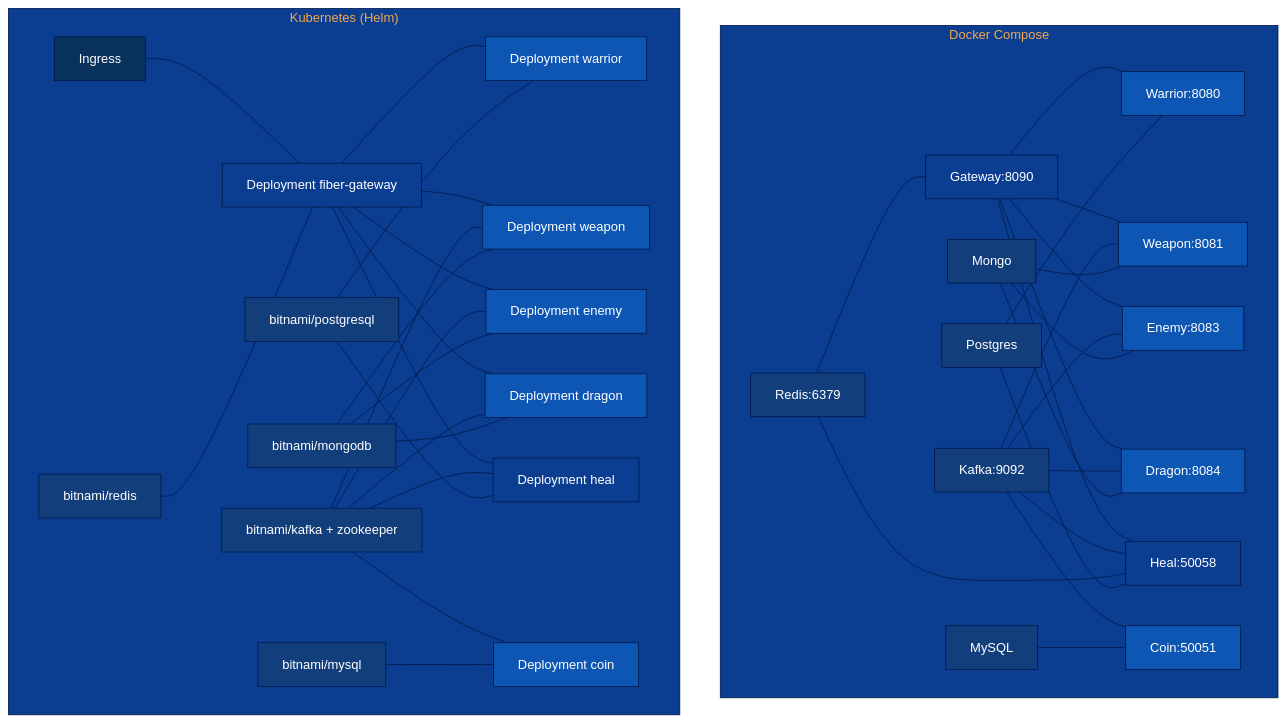
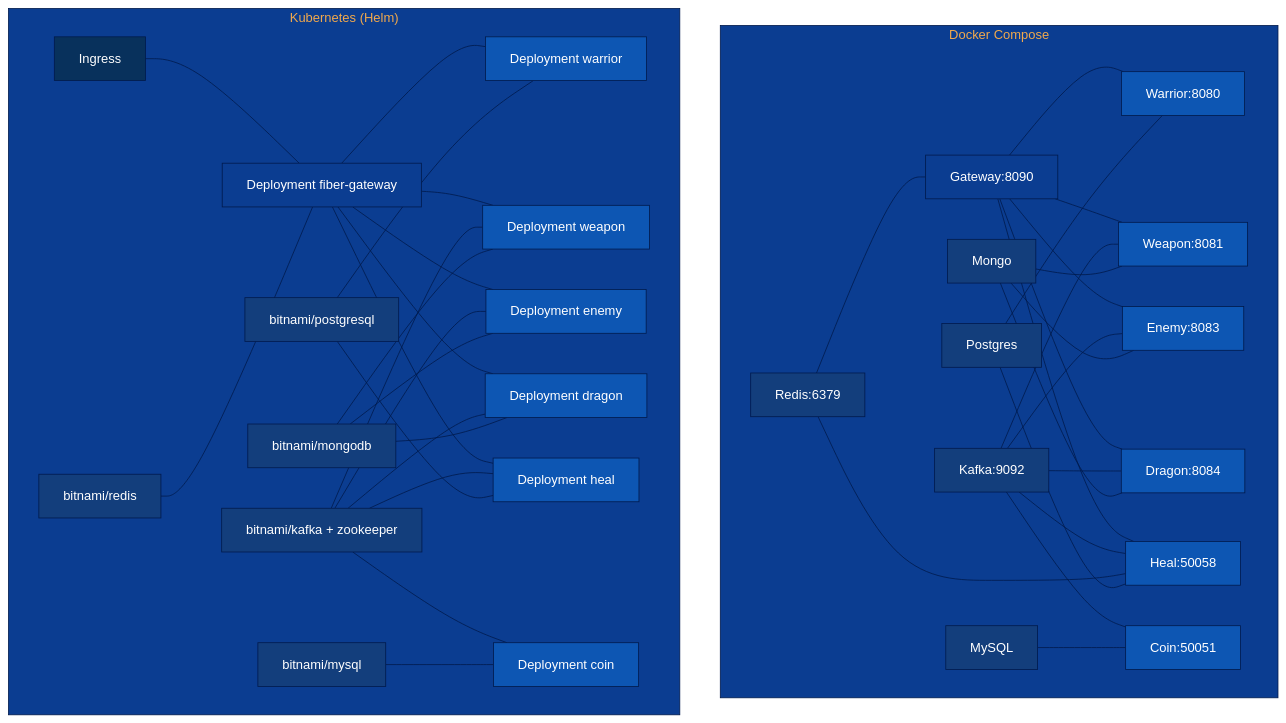
The seventh of 29 diagrams in README.md (tiraten-bot/network-sec-micro), drawn with Mermaid before and after one commit.

Commit message:
Update README.md to add styles for DCH and KSH in architecture diagram

```diff
--- a/README.md
+++ b/README.md
@@ -459,6 +459,7 @@
     style DCE fill:#0d56b3,stroke:#001a4d,color:#ffffff
     style DCD fill:#0d56b3,stroke:#001a4d,color:#ffffff
     style DCC fill:#0d56b3,stroke:#001a4d,color:#ffffff
+    style DCH fill:#0d56b3,stroke:#001a4d,color:#ffffff
     style DCK fill:#133e7c,stroke:#001a4d,color:#ffffff
     style DCR fill:#133e7c,stroke:#001a4d,color:#ffffff
     style DCPG fill:#133e7c,stroke:#001a4d,color:#ffffff
@@ -471,6 +472,7 @@
     style KSE fill:#0d56b3,stroke:#001a4d,color:#ffffff
     style KSD fill:#0d56b3,stroke:#001a4d,color:#ffffff
     style KSC fill:#0d56b3,stroke:#001a4d,color:#ffffff
+    style KSH fill:#0d56b3,stroke:#001a4d,color:#ffffff
     style KSK fill:#133e7c,stroke:#001a4d,color:#ffffff
     style KSR fill:#133e7c,stroke:#001a4d,color:#ffffff
     style KSPG fill:#133e7c,stroke:#001a4d,color:#ffffff
```
